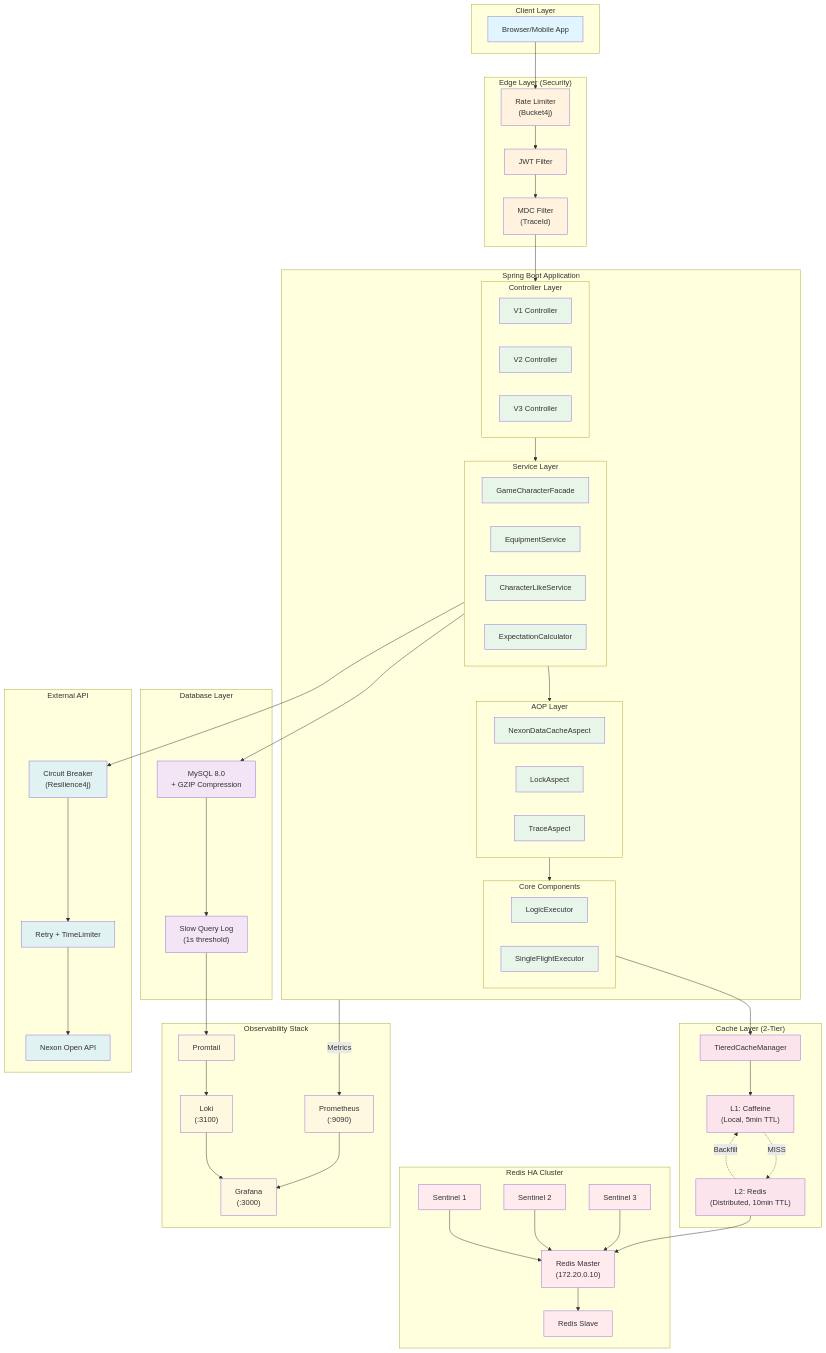
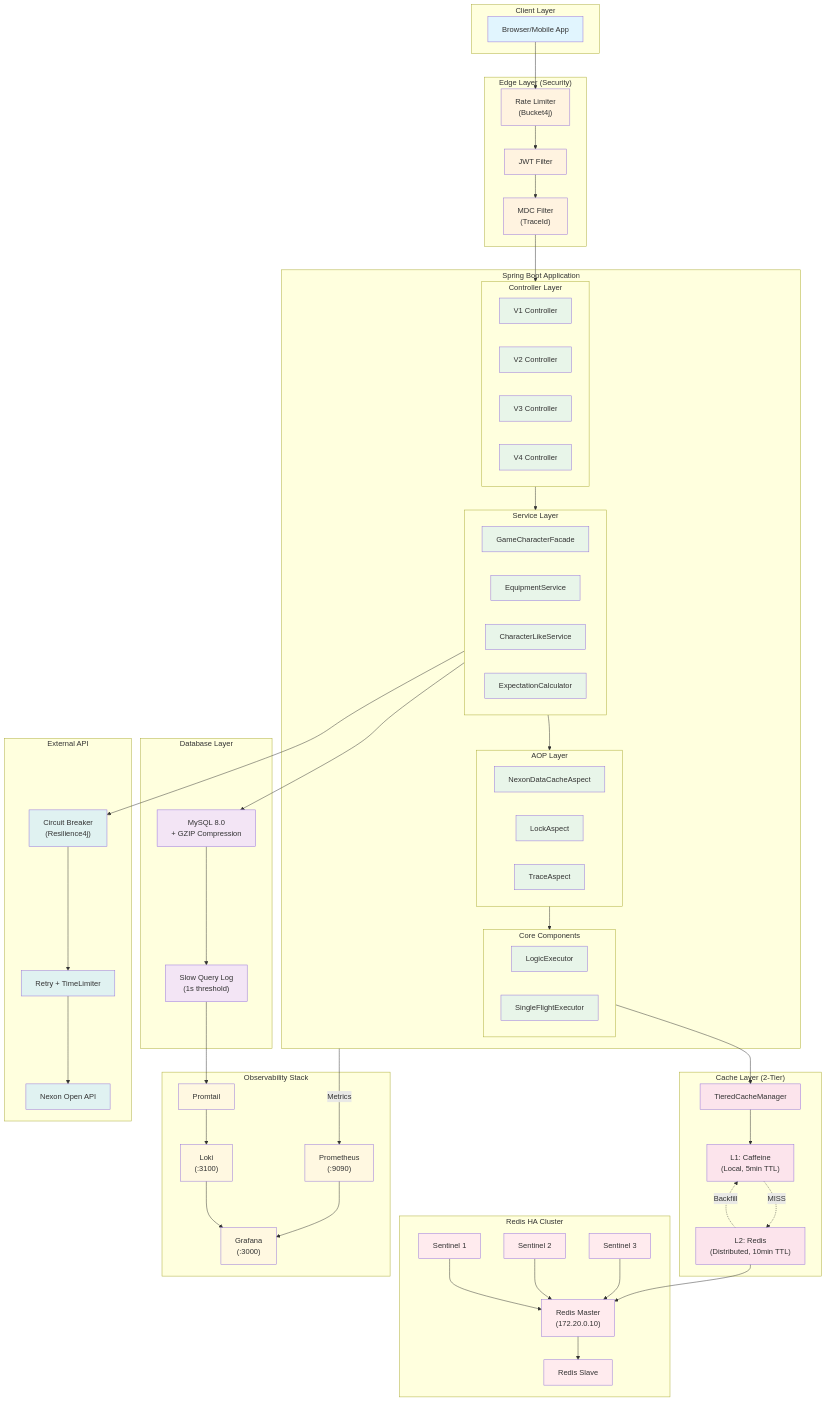
The first of 10 diagrams in docs/00_Start_Here/architecture.md (zbnerd/MapleExpectation), drawn with Mermaid before and after one commit. The commit also changed other lines of this file and 3 other files, not shown here.

```diff
--- a/docs/00_Start_Here/architecture.md
+++ b/docs/00_Start_Here/architecture.md
@@ -25,6 +25,7 @@
             CV1["V1 Controller"]
             CV2["V2 Controller"]
             CV3["V3 Controller"]
+            CV4["V4 Controller"]
         end
 
         subgraph Services["Service Layer"]
@@ -132,7 +133,7 @@
 
     class Browser client
     class RL,JWT,MDC edge
-    class CV1,CV2,CV3,Facade,EqSvc,LikeSvc,CalcSvc,CacheAsp,LockAsp,TraceAsp,Executor,SF app
+    class CV1,CV2,CV3,CV4,Facade,EqSvc,LikeSvc,CalcSvc,CacheAsp,LockAsp,TraceAsp,Executor,SF app
     class L1,L2,TC cache
     class MySQL,SlowLog db
     class Master,Slave,S1,S2,S3 redis
```
